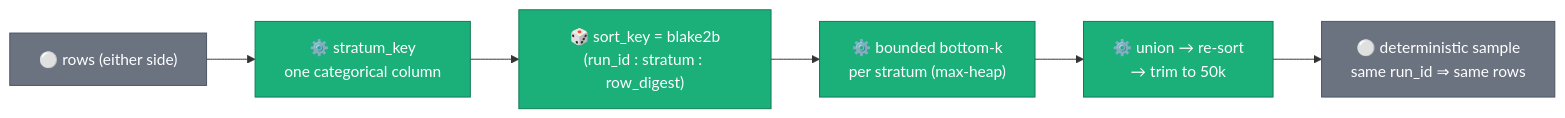
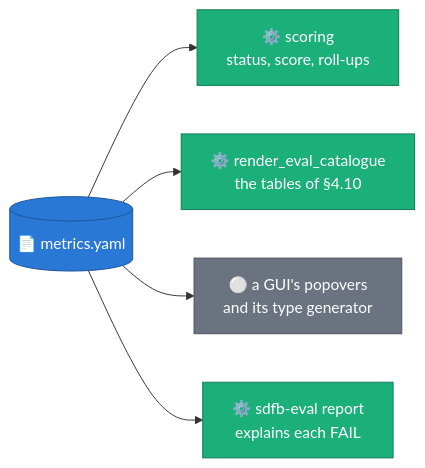
One commit to albertols/synthetic-llm-dataflow-bigquery changed diagram 14 of 33 in docs/designs/2026-07-07-evaluation-framework-design.md. Above: the diagram before and after it, drawn with Mermaid. The commit also changed other lines of this file and 787 other files, not shown here.

First line of the commit message:
feat: sdfb-evaluation (standalone evaluator, one image and template) + Synthetic Platform GUI (#32)

````diff
--- a/docs/designs/2026-07-07-evaluation-framework-design.md
+++ b/docs/designs/2026-07-07-evaluation-framework-design.md
@@ -239,10 +558,10 @@
 ```mermaid
 flowchart LR
-  classDef cpu  fill:#1baf7a,color:#fff,stroke:#127a55
-  classDef data fill:#6b7280,color:#fff,stroke:#4b5563
-  ROWS["⚪ rows (either side)"]:::data --> KEY["⚙️ stratum_key<br/>one categorical column"]:::cpu
-  KEY --> PRI["🎲 sort_key = blake2b<br/>(run_id : stratum : row_digest)"]:::cpu
-  PRI --> HEAP["⚙️ bounded bottom-k<br/>per stratum (max-heap)"]:::cpu
-  HEAP --> UNION["⚙️ union → re-sort<br/>→ trim to 50k"]:::cpu
-  UNION --> OUT["⚪ deterministic sample<br/>same run_id ⇒ same rows"]:::data
+  classDef cpu   fill:#1baf7a,color:#fff,stroke:#127a55
+  classDef store fill:#2a78d6,color:#fff,stroke:#1d5599
+  classDef data  fill:#6b7280,color:#fff,stroke:#4b5563
+  Y[("📄 metrics.yaml")]:::store --> S["⚙️ scoring<br/>status, score, roll-ups"]:::cpu
+  Y --> D["⚙️ render_eval_catalogue<br/>the tables of §4.10"]:::cpu
+  Y --> G["⚪ a GUI's popovers<br/>and its type generator"]:::data
+  Y --> R["⚙️ sdfb-eval report<br/>explains each FAIL"]:::cpu
 ```
````
